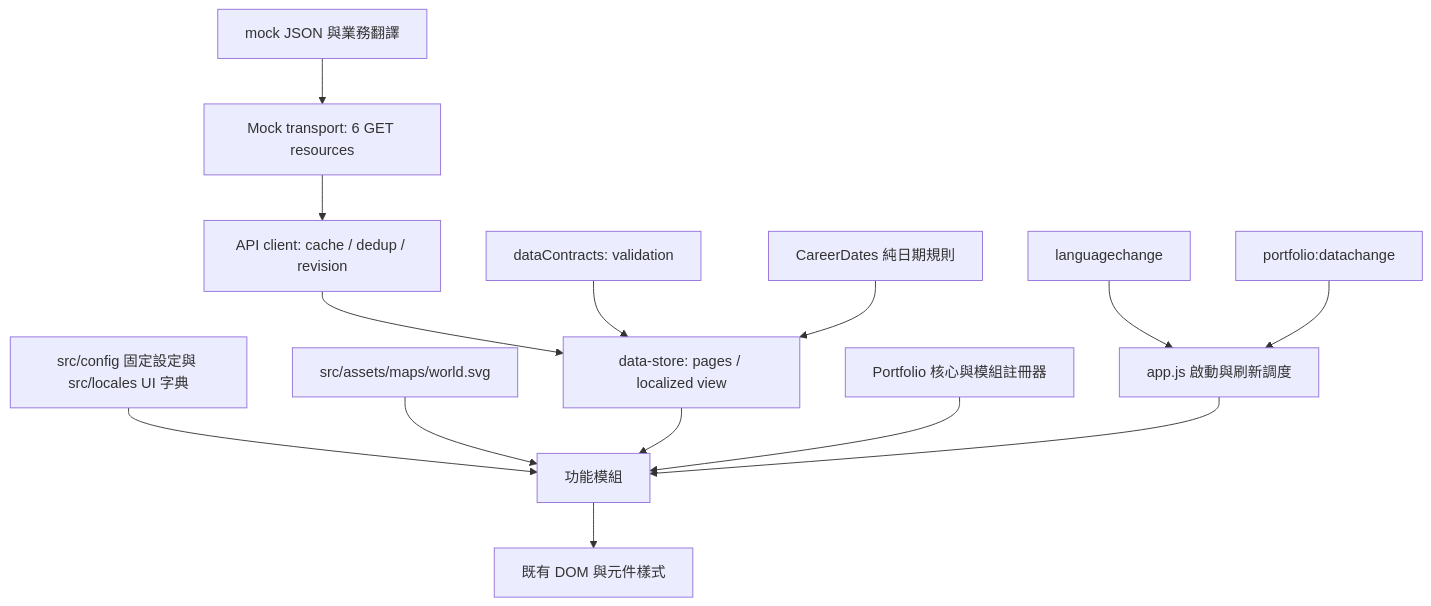
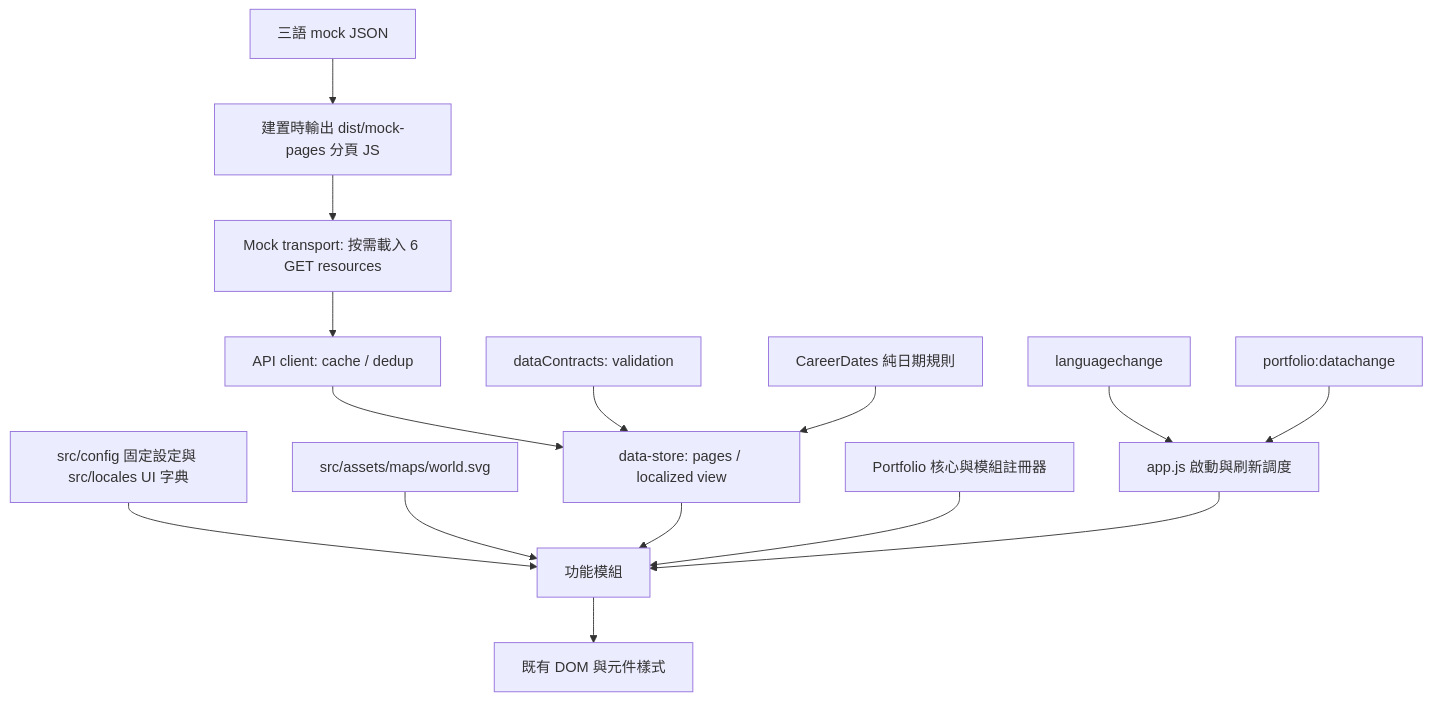
The diagram in docs/module-architecture.md (zhenglee315/portfolio-web), drawn with Mermaid before and after one commit. The commit also changed other lines of this file and 121 other files, not shown here.

Commit message:
Load localized mock API pages on demand offline

````diff
--- a/docs/module-architecture.md
+++ b/docs/module-architecture.md
@@ -27,16 +27,17 @@
 ```mermaid
 flowchart TD
-  Source[mock JSON 與業務翻譯] --> Transport[Mock transport: 6 GET resources]
-  Transport --> Client[API client: cache / dedup / revision]
+  Source[三語 mock JSON] --> Chunks[建置時輸出 dist/mock-pages 分頁 JS]
+  Chunks --> Transport[Mock transport: 按需載入 6 GET resources]
+  Transport --> Client[API client: cache / dedup]
   Client --> Data[data-store: pages / localized view]
   Contracts[dataContracts: validation] --> Data
   Dates[CareerDates 純日期規則] --> Data
   Config[src/config 固定設定與 src/locales UI 字典] --> UI[功能模組]
   Map[src/assets/maps/world.svg] --> UI
   Data --> UI
   Core[Portfolio 核心與模組註冊器] --> UI
   App[app.js 啟動與刷新調度] --> UI
   UI --> DOM[既有 DOM 與元件樣式]
   Language[languagechange] --> App
   Replace[portfolio:datachange] --> App
 ```
````
